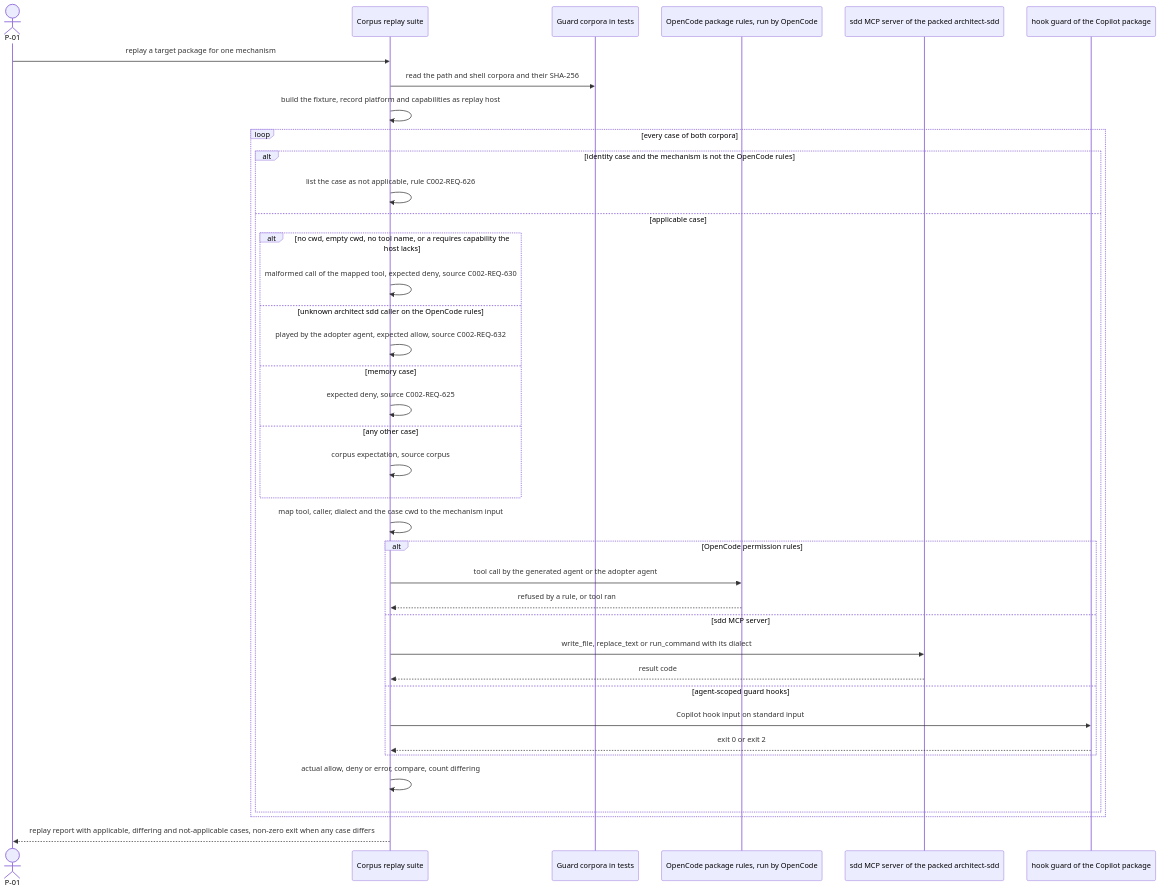
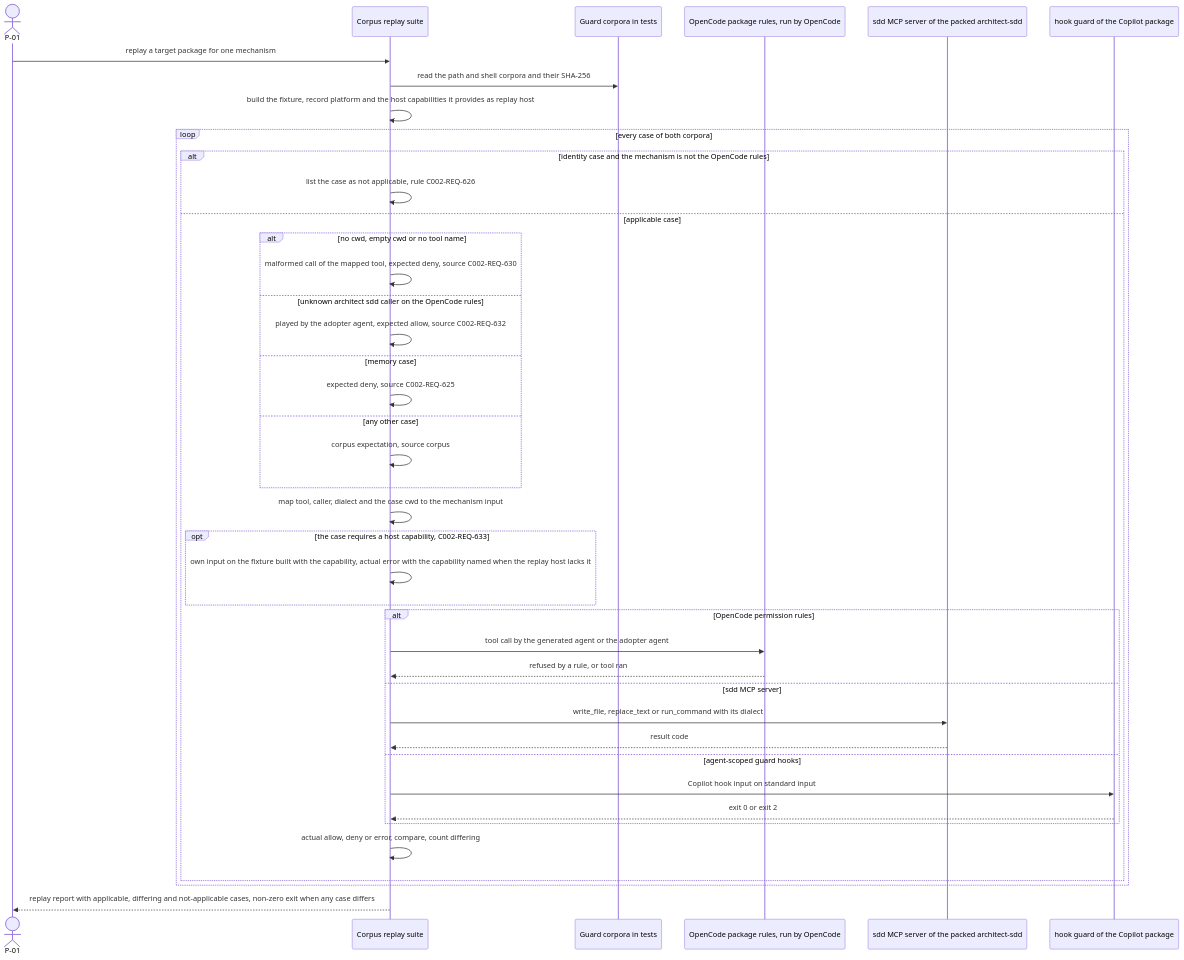
Before and after one commit to jlacube/spec-architect: diagram 12 of 14 in .sdd/002-multi-platform-targets/10-spec/60-architecture/architecture.md, drawn with Mermaid. The commit also changed other lines of this file and 8 other files, not shown here.

Commit message:
CHG-002: Spec final fixes (architect) — CR-32 capability cases replayed on a capable host, CR-33, CR-34, CR-36; US-502 init workspace wording

````diff
--- a/.sdd/002-multi-platform-targets/10-spec/60-architecture/architecture.md
+++ b/.sdd/002-multi-platform-targets/10-spec/60-architecture/architecture.md
@@ -704,41 +706,44 @@
 ```mermaid
 sequenceDiagram
   %% F11 corpus replay with per-mechanism expectations. Realizes C002-TS-608 C002-TS-609 C002-TS-628 C002-TS-629 C002-TS-630 C002-TS-631 C002-TS-643 C002-TS-644 C002-TS-645 C002-TS-646 C002-TS-647
   actor P01 as P-01
   participant C002_COMP_008 as Corpus replay suite
   participant C002_COMP_013 as Guard corpora in tests
   participant C002_COMP_003 as OpenCode package rules, run by OpenCode
   participant C002_COMP_005 as sdd MCP server of the packed architect-sdd
   participant C002_COMP_012 as hook guard of the Copilot package
   P01->>C002_COMP_008: replay a target package for one mechanism
   C002_COMP_008->>C002_COMP_013: read the path and shell corpora and their SHA-256
-  C002_COMP_008->>C002_COMP_008: build the fixture, record platform and capabilities as replay host
+  C002_COMP_008->>C002_COMP_008: build the fixture, record platform and the host capabilities it provides as replay host
   loop every case of both corpora
     alt identity case and the mechanism is not the OpenCode rules
       C002_COMP_008->>C002_COMP_008: list the case as not applicable, rule C002-REQ-626
     else applicable case
-      alt no cwd, empty cwd, no tool name, or a requires capability the host lacks
+      alt no cwd, empty cwd or no tool name
         C002_COMP_008->>C002_COMP_008: malformed call of the mapped tool, expected deny, source C002-REQ-630
       else unknown architect sdd caller on the OpenCode rules
         C002_COMP_008->>C002_COMP_008: played by the adopter agent, expected allow, source C002-REQ-632
       else memory case
         C002_COMP_008->>C002_COMP_008: expected deny, source C002-REQ-625
       else any other case
         C002_COMP_008->>C002_COMP_008: corpus expectation, source corpus
       end
       C002_COMP_008->>C002_COMP_008: map tool, caller, dialect and the case cwd to the mechanism input
+      opt the case requires a host capability, C002-REQ-633
+        C002_COMP_008->>C002_COMP_008: own input on the fixture built with the capability, actual error with the capability named when the replay host lacks it
+      end
       alt OpenCode permission rules
         C002_COMP_008->>C002_COMP_003: tool call by the generated agent or the adopter agent
         C002_COMP_003-->>C002_COMP_008: refused by a rule, or tool ran
       else sdd MCP server
         C002_COMP_008->>C002_COMP_005: write_file, replace_text or run_command with its dialect
         C002_COMP_005-->>C002_COMP_008: result code
       else agent-scoped guard hooks
         C002_COMP_008->>C002_COMP_012: Copilot hook input on standard input
         C002_COMP_012-->>C002_COMP_008: exit 0 or exit 2
       end
       C002_COMP_008->>C002_COMP_008: actual allow, deny or error, compare, count differing
     end
   end
   C002_COMP_008-->>P01: replay report with applicable, differing and not-applicable cases, non-zero exit when any case differs
 ```
````
